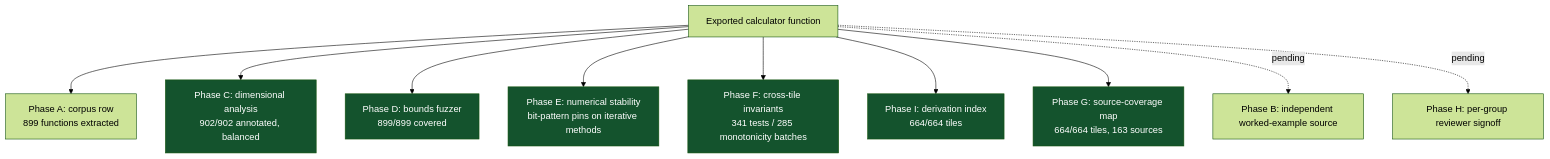
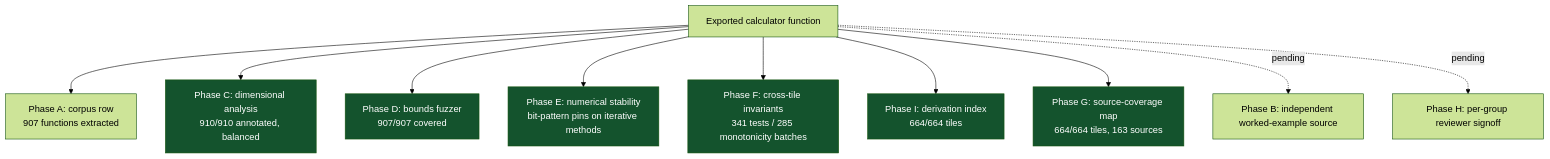
One commit to clay-good/roughlogic.com changed the sixth of 8 diagrams in README.md. Above: the diagram before and after it, drawn with Mermaid (forest theme). The commit also changed other lines of this file, not shown here.

````diff
--- a/README.md
+++ b/README.md
@@ -474,18 +474,18 @@
 ```mermaid
 flowchart TB
-    F[Exported calculator function] --> A[Phase A: corpus row\n899 functions extracted]
-    F --> C[Phase C: dimensional analysis\n902/902 annotated, balanced]
-    F --> D[Phase D: bounds fuzzer\n899/899 covered]
+    F[Exported calculator function] --> A[Phase A: corpus row\n907 functions extracted]
+    F --> C[Phase C: dimensional analysis\n910/910 annotated, balanced]
+    F --> D[Phase D: bounds fuzzer\n907/907 covered]
     F --> E[Phase E: numerical stability\nbit-pattern pins on iterative methods]
     F --> Fa[Phase F: cross-tile invariants\n341 tests / 285 monotonicity batches]
     F --> I[Phase I: derivation index\n664/664 tiles]
     F --> G[Phase G: source-coverage map\n664/664 tiles, 163 sources]
     F -.pending.-> B[Phase B: independent worked-example source]
     F -.pending.-> H[Phase H: per-group reviewer signoff]
     style C fill:#14532d,color:#fff
     style D fill:#14532d,color:#fff
     style E fill:#14532d,color:#fff
     style Fa fill:#14532d,color:#fff
     style G fill:#14532d,color:#fff
     style I fill:#14532d,color:#fff
 ```
````
